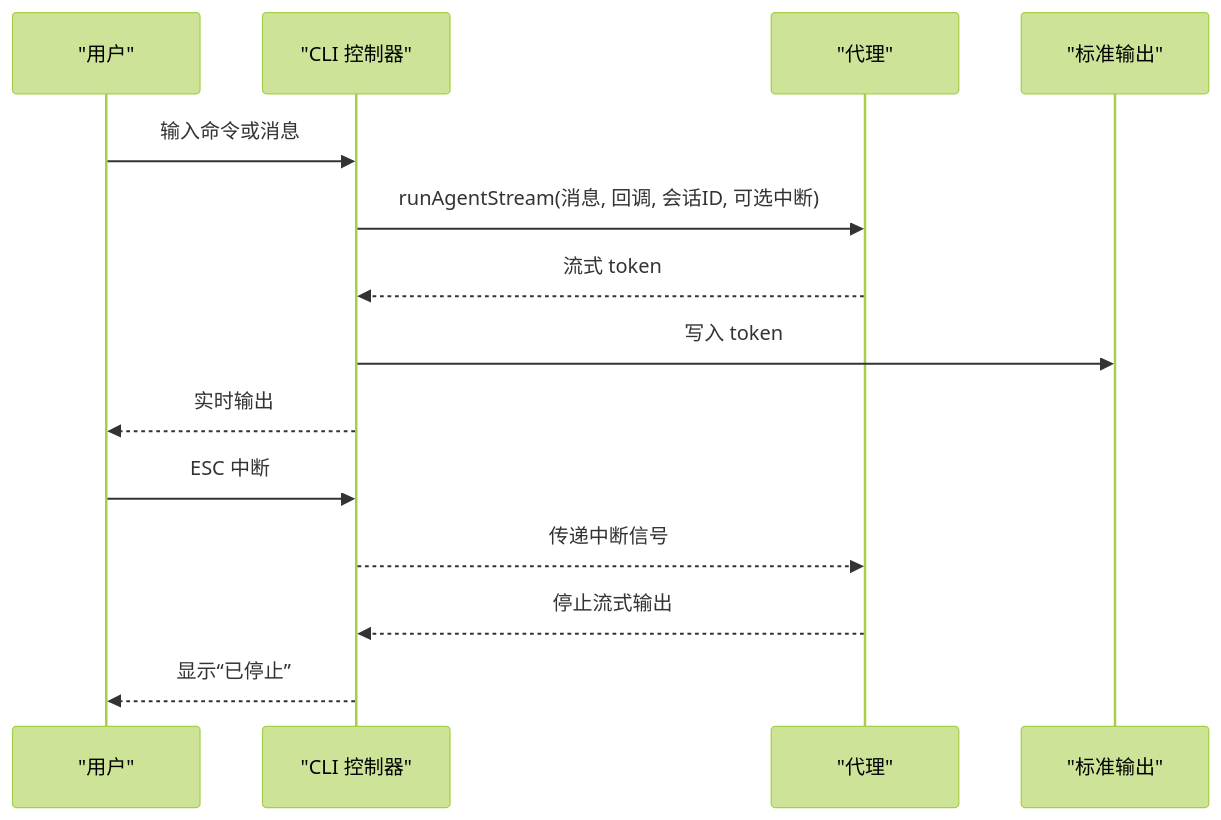
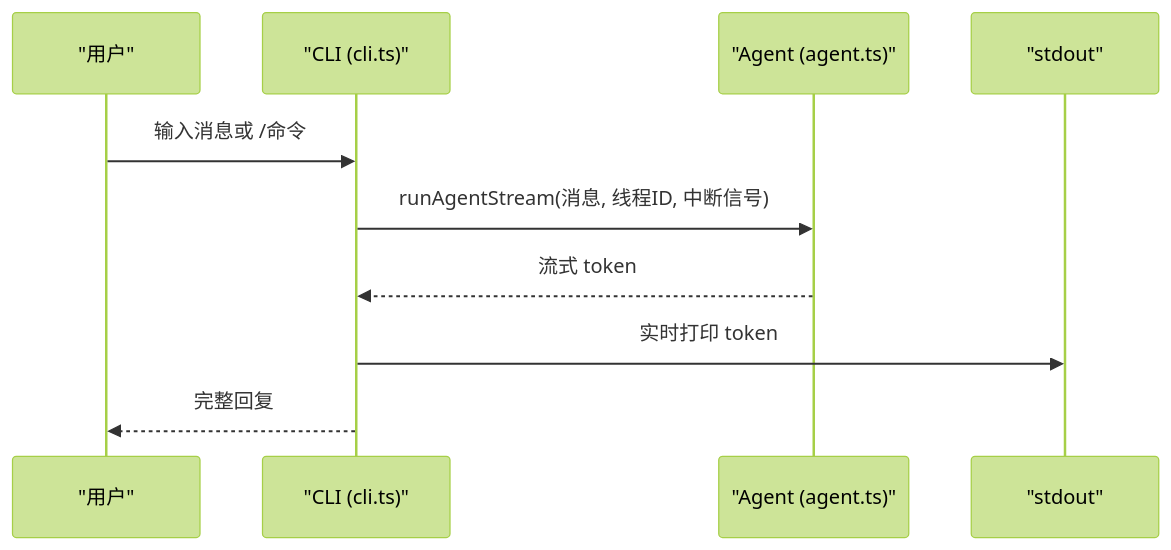
One commit to HAOFUYANG/onion-code changed the third of 7 diagrams in .qoder/repowiki/zh/content/项目概述.md. Above: the diagram before and after it, drawn with Mermaid (forest theme). The commit also changed other lines of this file and 58 other files, not shown here.

````diff
--- a/.qoder/repowiki/zh/content/项目概述.md
+++ b/.qoder/repowiki/zh/content/项目概述.md
@@ -205,16 +181,12 @@
 ```mermaid
 sequenceDiagram
 participant U as "用户"
-participant CLI as "CLI 控制器"
-participant AG as "代理"
-participant OUT as "标准输出"
-U->>CLI : 输入命令或消息
-CLI->>AG : runAgentStream(消息, 回调, 会话ID, 可选中断)
+participant CLI as "CLI (cli.ts)"
+participant AG as "Agent (agent.ts)"
+participant OUT as "stdout"
+U->>CLI : 输入消息或 /命令
+CLI->>AG : runAgentStream(消息, 线程ID, 中断信号)
 AG-->>CLI : 流式 token
-CLI->>OUT : 写入 token
-CLI-->>U : 实时输出
-U->>CLI : ESC 中断
-CLI-->>AG : 传递中断信号
-AG-->>CLI : 停止流式输出
-CLI-->>U : 显示“已停止”
+CLI->>OUT : 实时打印 token
+CLI-->>U : 完整回复
 ```
````
